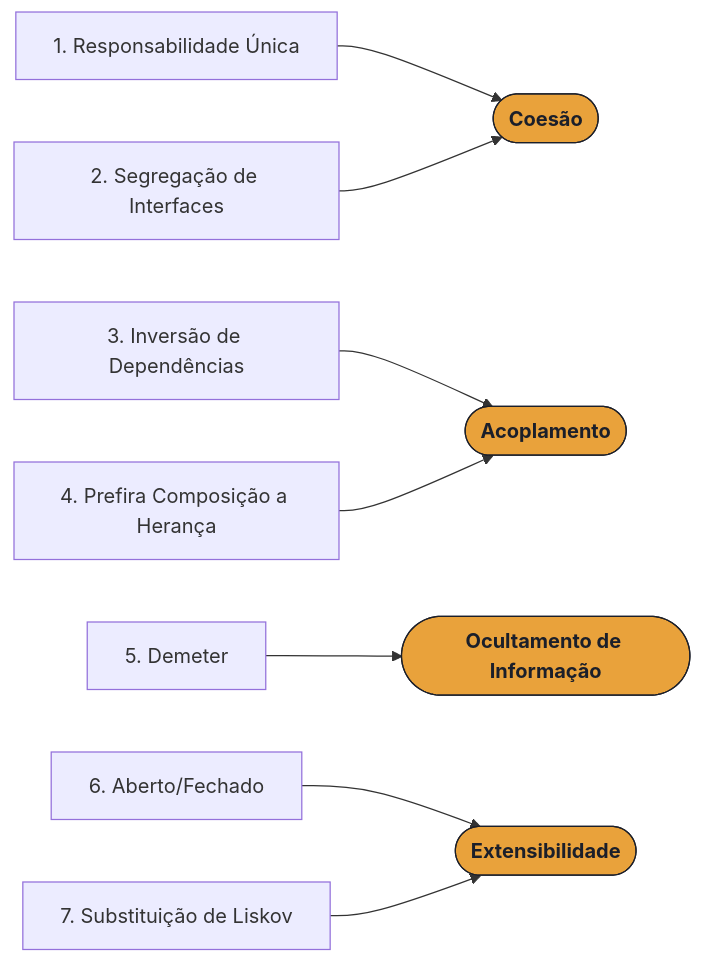
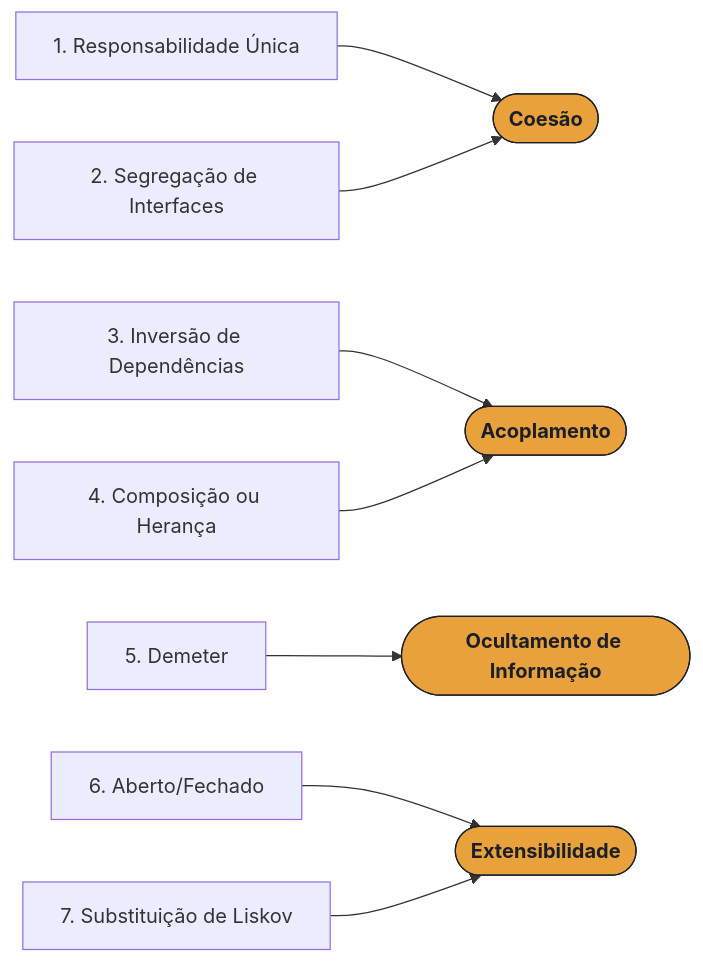
One commit to mehranmisaghi/ESW-II changed the diagram in projeto/pprojeto2x.md. Above: the diagram before and after it, drawn with Mermaid. The commit also changed 2 other files, not shown here.

Commit message:
added, renamed e changed

````diff
--- a/projeto/pprojeto2x.md
+++ b/projeto/pprojeto2x.md
@@ -19,13 +19,13 @@
 ```mermaid
 flowchart LR
     SRP["1. Responsabilidade Única"] --> COE(["Coesão"])
     ISP["2. Segregação de Interfaces"] --> COE
     DIP["3. Inversão de Dependências"] --> ACO(["Acoplamento"])
-    CMP["4. Prefira Composição a Herança"] --> ACO
+    CMP["4. Composição ou Herança"] --> ACO
     DEM["5. Demeter"] --> OCU(["Ocultamento de Informação"])
     OCP["6. Aberto/Fechado"] --> EXT(["Extensibilidade"])
     LSP["7. Substituição de Liskov"] --> EXT
 
     classDef prop fill:#E9A23B,stroke:#1B1F2A,color:#1B1F2A,font-weight:bold
     class COE,ACO,OCU,EXT prop
 ```
````
